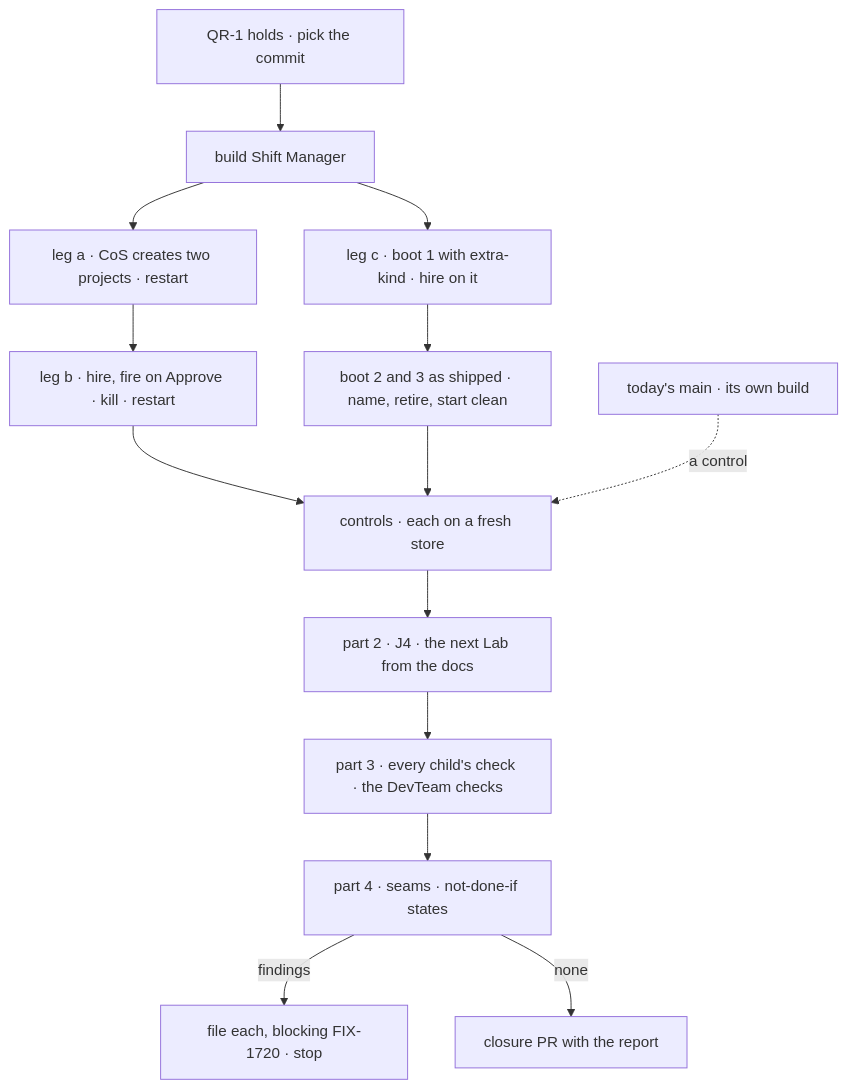
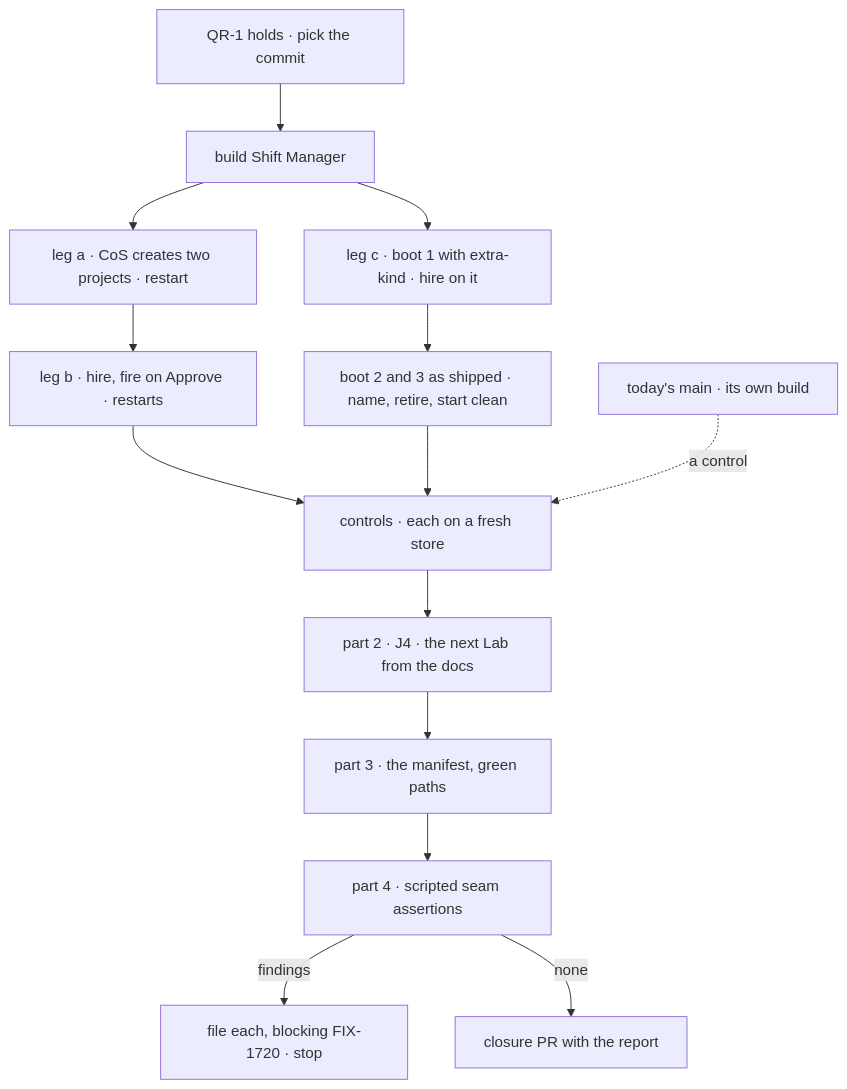
Before and after one commit to fixpoint-labs/flow-state-dev: the diagram in specs/issues/FIX-1720/PLAN.md, drawn with Mermaid. The commit also changed other lines of this file and 4 other files, not shown here.

````diff
--- a/specs/issues/FIX-1720/PLAN.md
+++ b/specs/issues/FIX-1720/PLAN.md
@@ -21,16 +23,16 @@
 ```mermaid
 flowchart TD
   M["QR-1 holds · pick the commit"] --> B["build Shift Manager"]
   B --> A["leg a · CoS creates two projects · restart"]
-  A --> L2["leg b · hire, fire on Approve · kill · restart"]
+  A --> L2["leg b · hire, fire on Approve · restarts"]
   B --> C1["leg c · boot 1 with extra-kind · hire on it"]
   C1 --> C2["boot 2 and 3 as shipped · name, retire, start clean"]
   L2 --> K["controls · each on a fresh store"]
   C2 --> K
   T["today's main · its own build"] -.->|"a control"| K
   K --> J["part 2 · J4 · the next Lab from the docs"]
-  J --> P3["part 3 · every child's check · the DevTeam checks"]
-  P3 --> P4["part 4 · seams · not-done-if states"]
+  J --> P3["part 3 · the manifest, green paths"]
+  P3 --> P4["part 4 · scripted seam assertions"]
   P4 -->|"findings"| F["file each, blocking FIX-1720 · stop"]
   P4 -->|"none"| PR["closure PR with the report"]
 ```
````
